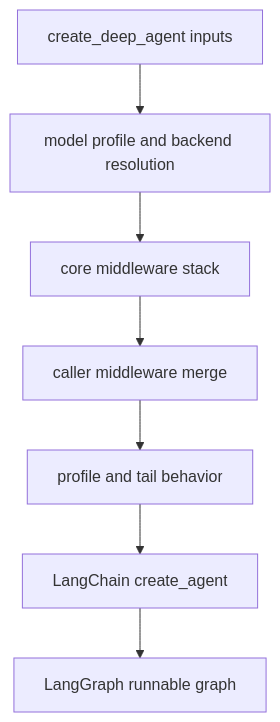
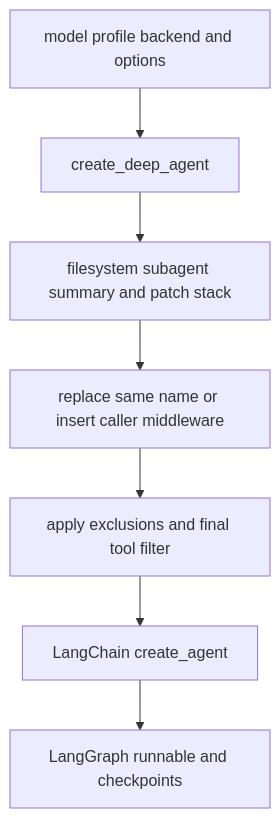
One commit to langchain-ai/deepagents changed the second of 4 diagrams in openwiki/architecture/source-map.md. Above: the diagram before and after it, drawn with Mermaid. The commit also changed other lines of this file and 44 other files, not shown here.

````diff
--- a/openwiki/architecture/source-map.md
+++ b/openwiki/architecture/source-map.md
@@ -84,9 +76,9 @@
 ```mermaid
 flowchart TD
-  Request["create_deep_agent inputs"] --> Resolve["model profile and backend resolution"]
-  Resolve --> Stack["core middleware stack"]
-  Stack --> Merge["caller middleware merge"]
-  Merge --> Tail["profile and tail behavior"]
-  Tail --> Build["LangChain create_agent"]
-  Build --> Graph["LangGraph runnable graph"]
+  Config["model profile backend and options"] --> Assemble["create_deep_agent"]
+  Assemble --> Core["filesystem subagent summary and patch stack"]
+  Core --> Merge["replace same name or insert caller middleware"]
+  Merge --> Filter["apply exclusions and final tool filter"]
+  Filter --> Agent["LangChain create_agent"]
+  Agent --> Graph["LangGraph runnable and checkpoints"]
 ```
````
